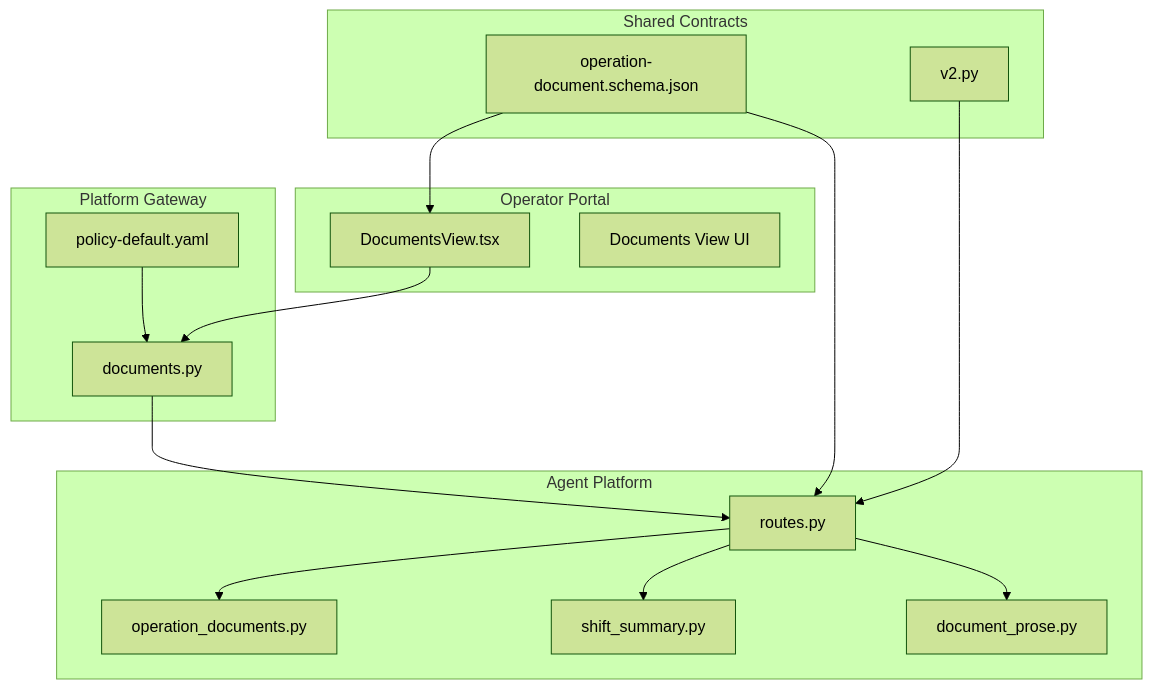
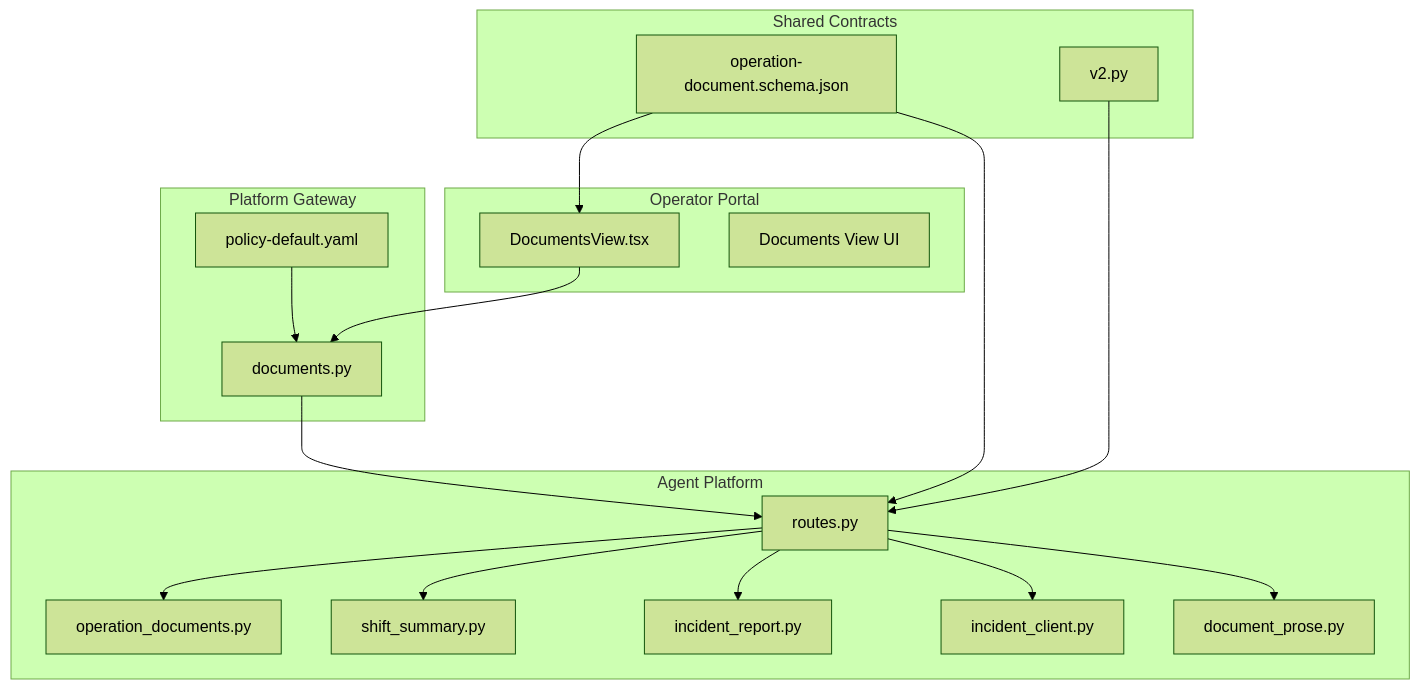
Before and after one commit to metasync/luban-aiops: the first of 10 diagrams in .qoder/repowiki/en/content/Architecture Documentation/SPEC-039_ Operations Document Repository Specification.md, drawn with Mermaid (forest theme). The commit also changed other lines of this file and 72 other files, not shown here.

````diff
--- a/.qoder/repowiki/en/content/Architecture Documentation/SPEC-039_ Operations Document Repository Specification.md
+++ b/.qoder/repowiki/en/content/Architecture Documentation/SPEC-039_ Operations Document Repository Specification.md
@@ -70,30 +69,34 @@
 ```mermaid
 graph TB
 subgraph "Agent Platform"
 A["operation_documents.py"]
 B["shift_summary.py"]
-C["document_prose.py"]
-D["routes.py"]
+C["incident_report.py"]
+D["incident_client.py"]
+E["document_prose.py"]
+F["routes.py"]
 end
 subgraph "Platform Gateway"
-E["documents.py"]
-F["policy-default.yaml"]
+G["documents.py"]
+H["policy-default.yaml"]
 end
 subgraph "Operator Portal"
-G["DocumentsView.tsx"]
-H["Documents View UI"]
+I["DocumentsView.tsx"]
+J["Documents View UI"]
 end
 subgraph "Shared Contracts"
-I["operation-document.schema.json"]
-J["v2.py"]
+K["operation-document.schema.json"]
+L["v2.py"]
 end
-D --> A
-D --> B
-D --> C
-E --> D
+F --> A
+F --> B
+F --> C
+F --> D
 F --> E
-G --> E
-I --> D
+G --> F
+H --> G
 I --> G
-J --> D
+K --> F
+K --> I
+L --> F
 ```
````
